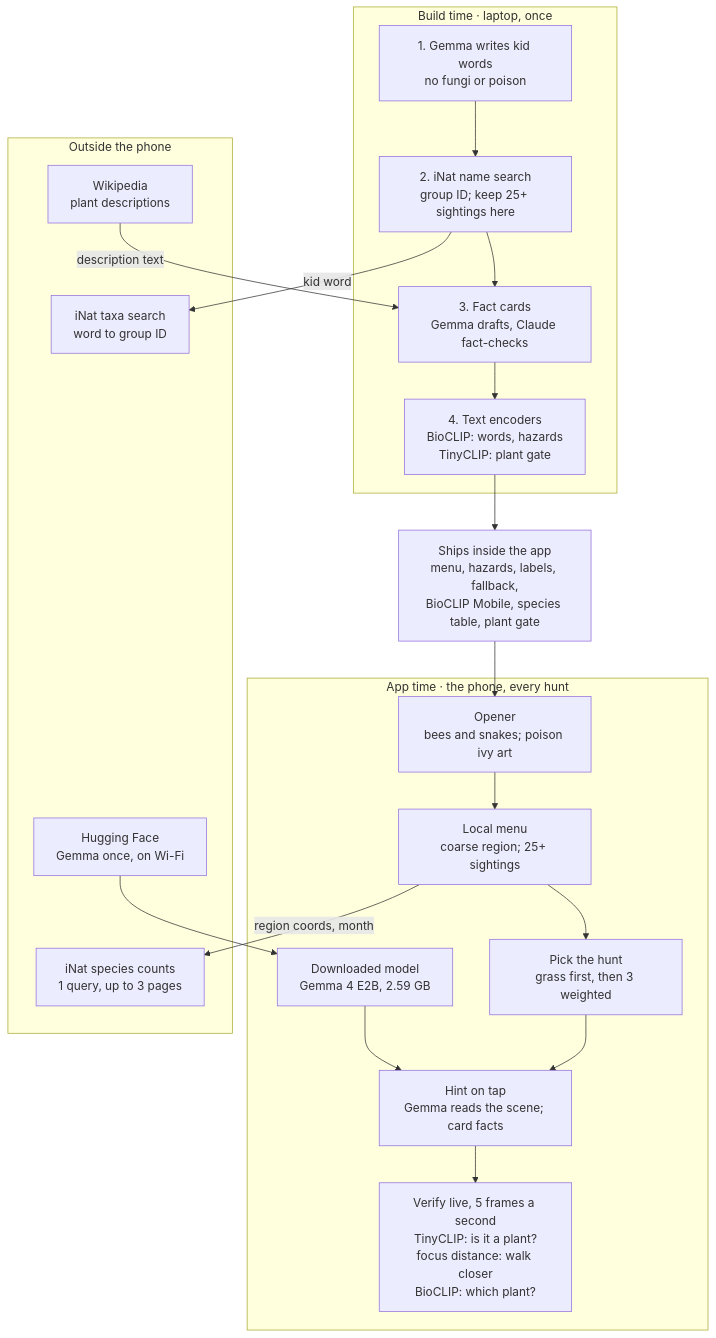
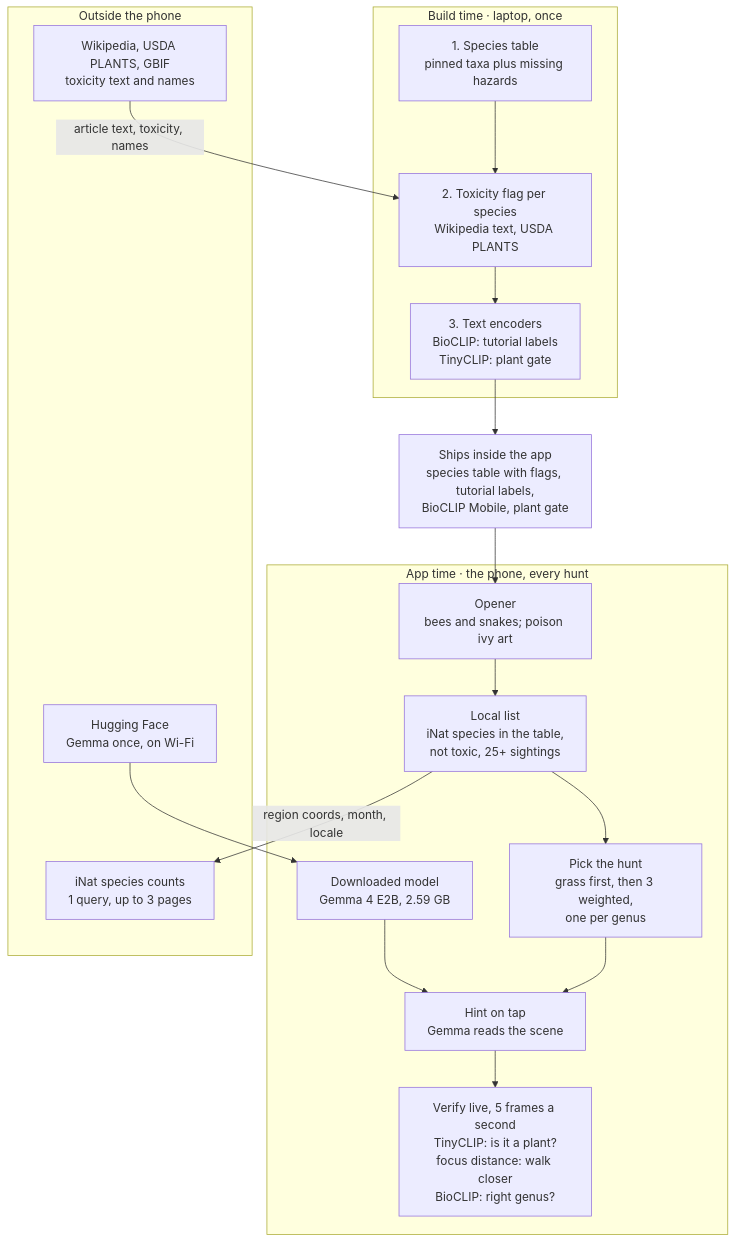
Before and after one commit to anchildress1/wild-find: the diagram in docs/PRD.md, drawn with Mermaid. The commit also changed other lines of this file and 2 other files, not shown here.

First line of the commit message:
docs: redesign targets around the live iNat list and BioCLIP's table

````diff
--- a/docs/PRD.md
+++ b/docs/PRD.md
@@ -173,42 +186,39 @@
 ```mermaid
 %%{init: {'theme': 'default'}}%%
 flowchart TD
     accTitle: wild-find architecture
-    accDescr: Build time runs once on a laptop and ships the menu, hazards, label vectors, the species table, the plant gate, and a fallback list inside the app. At app time the phone runs the opener, local menu, hunt pick, hints, and live verification with a plant gate and BioCLIP. Photos and precise location never leave the phone.
+    accDescr: Build time runs once on a laptop and ships the species table with hazard and toxicity flags, the tutorial label vectors, BioCLIP Mobile, and the plant gate inside the app. At app time the phone pulls the local species list, filters it against the table, picks the hunt, writes hints from the camera scene, and verifies live with the plant gate and BioCLIP. Photos and precise location never leave the phone.
 
     subgraph build["Build time · laptop, once"]
-        B1["1. Gemma writes kid words<br/>no fungi or poison"]
-        B2["2. iNat name search<br/>group ID; keep 25+ sightings here"]
-        B3["3. Fact cards<br/>Gemma drafts, Claude fact-checks"]
-        B4["4. Text encoders<br/>BioCLIP: words, hazards<br/>TinyCLIP: plant gate"]
-        B1 --> B2 --> B3 --> B4
+        B1["1. Species table<br/>pinned taxa plus missing hazards"]
+        B2["2. Toxicity flag per species<br/>Wikipedia text, USDA PLANTS"]
+        B3["3. Text encoders<br/>BioCLIP: tutorial labels<br/>TinyCLIP: plant gate"]
+        B1 --> B2 --> B3
     end
 
-    SHIP["Ships inside the app<br/>menu, hazards, labels, fallback,<br/>BioCLIP Mobile, species table, plant gate"]
-    B4 --> SHIP
+    SHIP["Ships inside the app<br/>species table with flags, tutorial labels,<br/>BioCLIP Mobile, plant gate"]
+    B3 --> SHIP
 
     subgraph app["App time · the phone, every hunt"]
         A1["Opener<br/>bees and snakes; poison ivy art"]
-        A2["Local menu<br/>coarse region; 25+ sightings"]
-        A3["Pick the hunt<br/>grass first, then 3 weighted"]
-        A4["Hint on tap<br/>Gemma reads the scene; card facts"]
-        A5["Verify live, 5 frames a second<br/>TinyCLIP: is it a plant?<br/>focus distance: walk closer<br/>BioCLIP: which plant?"]
+        A2["Local list<br/>iNat species in the table,<br/>not toxic, 25+ sightings"]
+        A3["Pick the hunt<br/>grass first, then 3 weighted,<br/>one per genus"]
+        A4["Hint on tap<br/>Gemma reads the scene"]
+        A5["Verify live, 5 frames a second<br/>TinyCLIP: is it a plant?<br/>focus distance: walk closer<br/>BioCLIP: right genus?"]
         M["Downloaded model<br/>Gemma 4 E2B, 2.59 GB"]
         A1 --> A2 --> A3 --> A4 --> A5
         M --> A4
     end
 
     SHIP --> A1
 
     subgraph outside["Outside the phone"]
-        E1["iNat taxa search<br/>word to group ID"]
-        E2["Wikipedia<br/>plant descriptions"]
+        E2["Wikipedia, USDA PLANTS, GBIF<br/>toxicity text and names"]
         E3["iNat species counts<br/>1 query, up to 3 pages"]
         E4["Hugging Face<br/>Gemma once, on Wi-Fi"]
     end
 
-    B2 -- "kid word" --> E1
-    E2 -- "description text" --> B3
-    A2 -- "region coords, month" --> E3
+    E2 -- "article text, toxicity, names" --> B2
+    A2 -- "region coords, month, locale" --> E3
     E4 --> M
 ```
````
